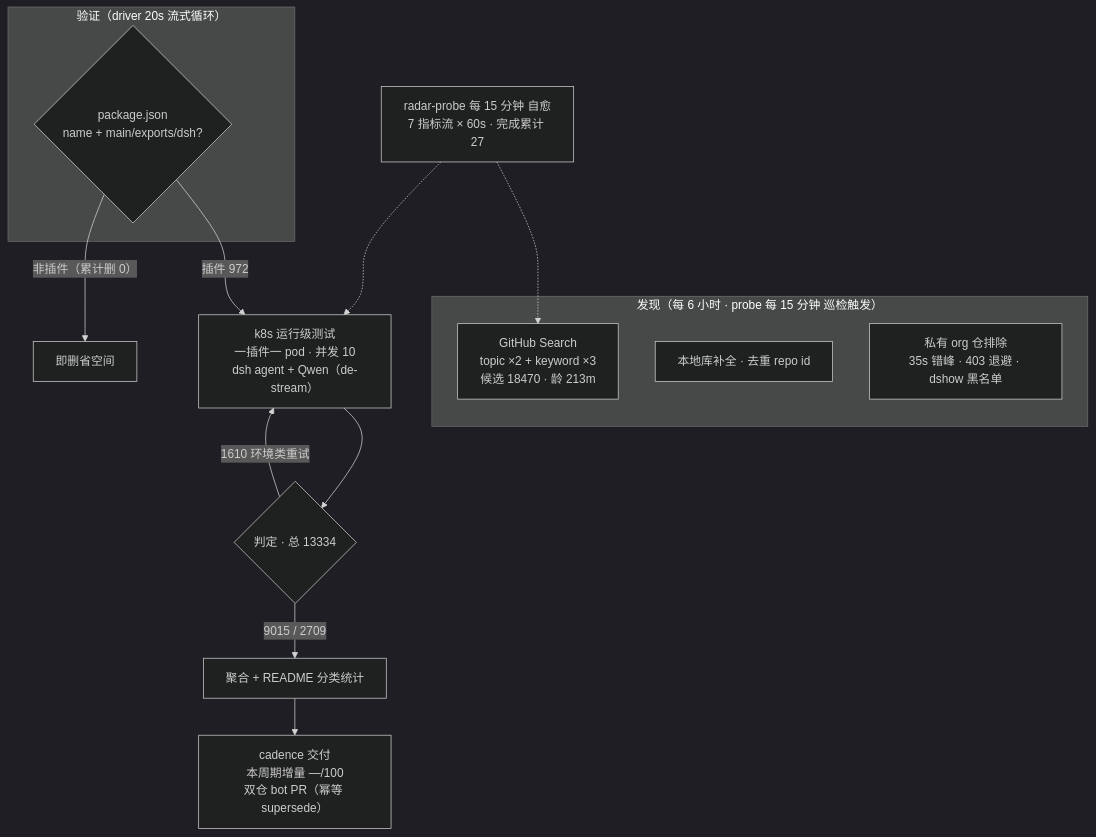
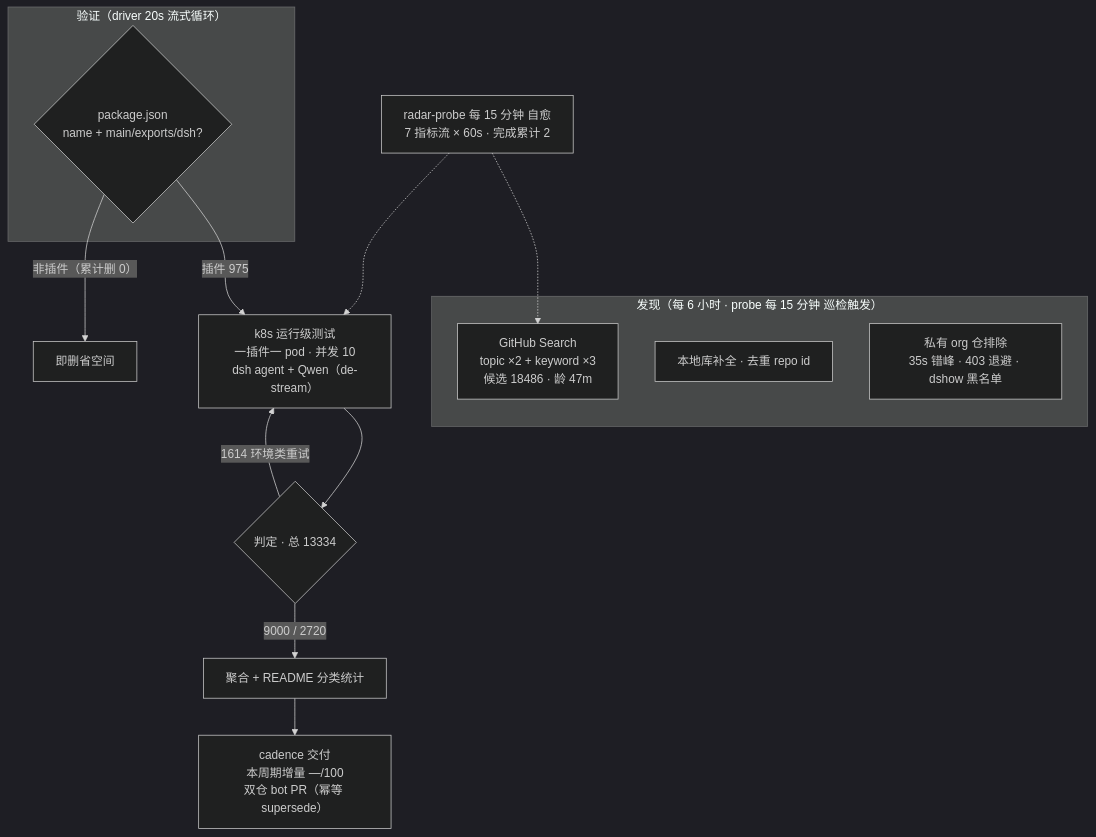
The diagram in README.md (AdamPlatin123/dsh-plugin-radar), drawn with Mermaid (dark theme) before and after one commit. The commit also changed other lines of this file and 14 other files, not shown here.

````diff
--- a/README.md
+++ b/README.md
@@ -52,20 +52,20 @@
 ```mermaid
 flowchart TB
     subgraph Discovery["发现（每 6 小时 · probe 每 15 分钟 巡检触发）"]
-        A1["GitHub Search<br/>topic ×2 + keyword ×3<br/>候选 18470 · 龄 213m"]
+        A1["GitHub Search<br/>topic ×2 + keyword ×3<br/>候选 18486 · 龄 47m"]
         A2["本地库补全 · 去重 repo id"]
         A3["私有 org 仓排除<br/>35s 错峰 · 403 退避 · dshow 黑名单"]
     end
     subgraph Validation["验证（driver 20s 流式循环）"]
         B1{"package.json<br/>name + main/exports/dsh?"}
     end
-    B1 -->|"插件 972"| C1["k8s 运行级测试<br/>一插件一 pod · 并发 10<br/>dsh agent + Qwen（de-stream）"]
+    B1 -->|"插件 975"| C1["k8s 运行级测试<br/>一插件一 pod · 并发 10<br/>dsh agent + Qwen（de-stream）"]
     B1 -->|"非插件（累计删 0）"| B3["即删省空间"]
     C1 --> D1{"判定 · 总 13334"}
-    D1 -->|"9015 / 2709"| E1["聚合 + README 分类统计"]
-    D1 -->|"1610 环境类重试"| C1
+    D1 -->|"9000 / 2720"| E1["聚合 + README 分类统计"]
+    D1 -->|"1614 环境类重试"| C1
     E1 --> E2["cadence 交付<br/>本周期增量 —/100<br/>双仓 bot PR（幂等 supersede）"]
-    M["radar-probe 每 15 分钟 自愈<br/>7 指标流 × 60s · 完成累计 27"]
+    M["radar-probe 每 15 分钟 自愈<br/>7 指标流 × 60s · 完成累计 2"]
     M -.-> A1
     M -.-> C1
 ```
````
